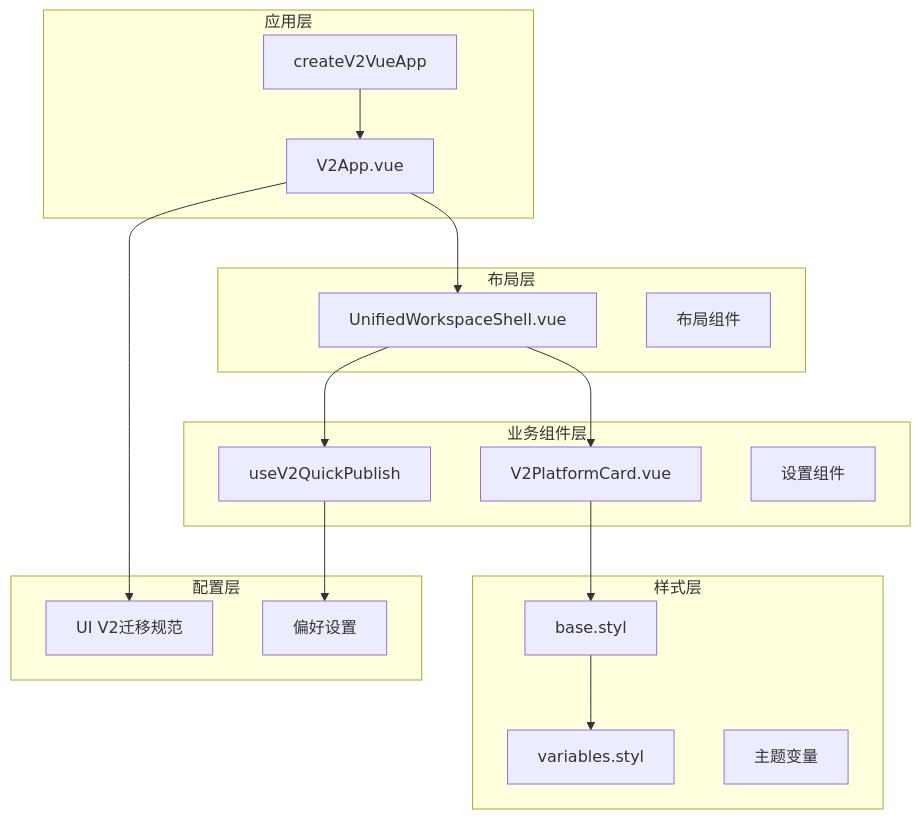
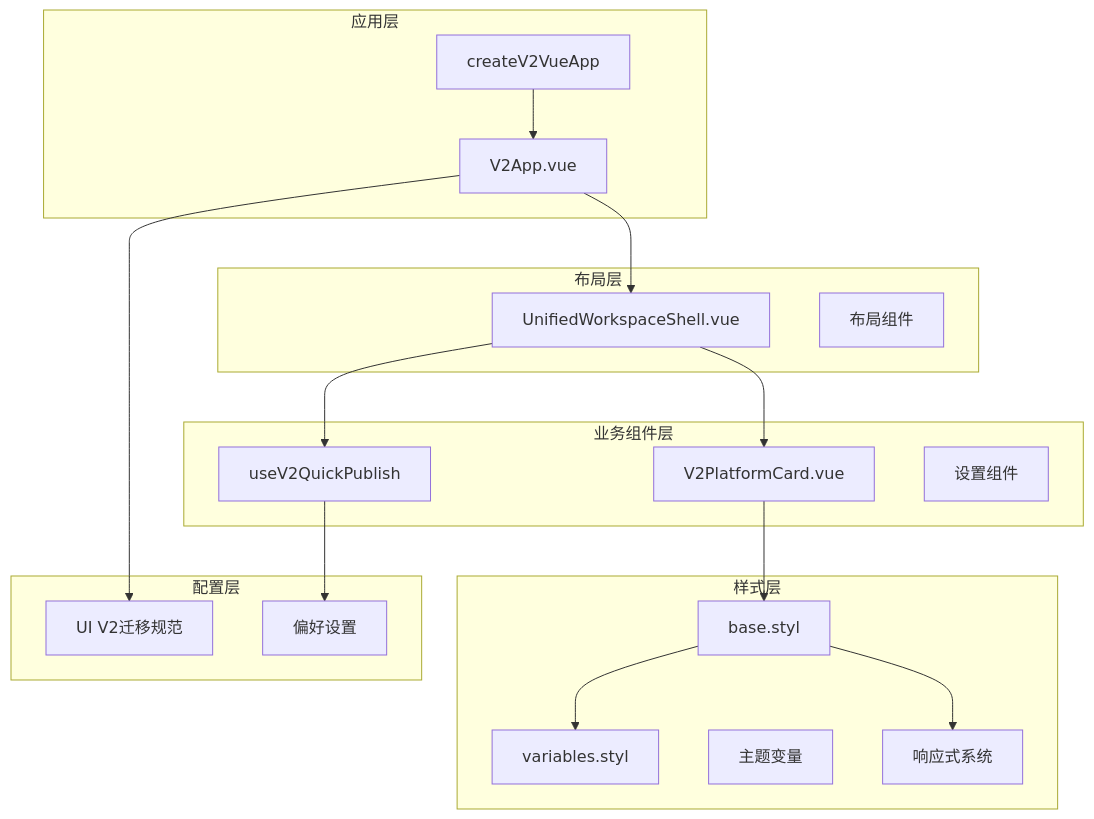
Before and after one commit to terwer/siyuan-plugin-publisher: the first of 10 diagrams in .qoder/repowiki/zh/content/用户界面组件/UI V2 设计原则.md, drawn with Mermaid. The commit also changed other lines of this file and 14 other files, not shown here.

````diff
--- a/.qoder/repowiki/zh/content/用户界面组件/UI V2 设计原则.md
+++ b/.qoder/repowiki/zh/content/用户界面组件/UI V2 设计原则.md
@@ -38,33 +47,35 @@
 ```mermaid
 graph TB
 subgraph "应用层"
 V2App[V2App.vue]
 CreateApp[createV2VueApp]
 end
 subgraph "布局层"
 Shell[UnifiedWorkspaceShell.vue]
 Layout[布局组件]
 end
 subgraph "业务组件层"
 PlatformCard[V2PlatformCard.vue]
 QuickPublish[useV2QuickPublish]
 Settings[设置组件]
 end
 subgraph "样式层"
 BaseStyle[base.styl]
 Variables[variables.styl]
 Theme[主题变量]
+Responsive[响应式系统]
 end
 subgraph "配置层"
 MigrationSpec[UI V2迁移规范]
 Preferences[偏好设置]
 end
 CreateApp --> V2App
 V2App --> Shell
 Shell --> PlatformCard
 Shell --> QuickPublish
 PlatformCard --> BaseStyle
 BaseStyle --> Variables
+BaseStyle --> Responsive
 V2App --> MigrationSpec
 QuickPublish --> Preferences
 ```
````
